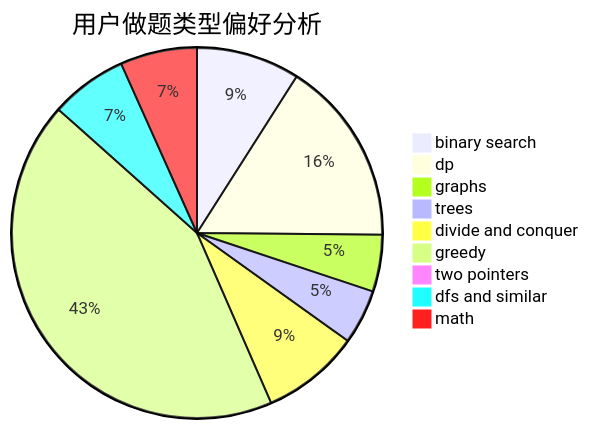
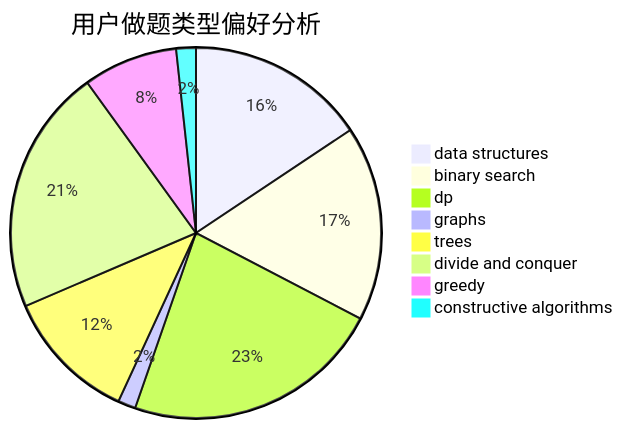
Before and after one commit to sherpahu/cfrs.github.io: the second of 3 diagrams in docs/user/u672.md, drawn with Mermaid. The commit also changed other lines of this file and 2775 other files, not shown here.

````diff
--- a/docs/user/u672.md
+++ b/docs/user/u672.md
@@ -23,12 +23,11 @@
 ```mermaid
 pie title 用户做题类型偏好分析
-    "binary search" :  140
-    "dp" :  250
-    "graphs" :  77
-    "trees" :  74
-    "divide and conquer" :  133
-    "greedy" :  669
-    "two pointers" :  9
-    "dfs and similar" :  104
-    "math" :  104
+    "data structures" :  91
+    "binary search" :  99
+    "dp" :  132
+    "graphs" :  9
+    "trees" :  68
+    "divide and conquer" :  125
+    "greedy" :  48
+    "constructive algorithms" :  10
 ```
````
